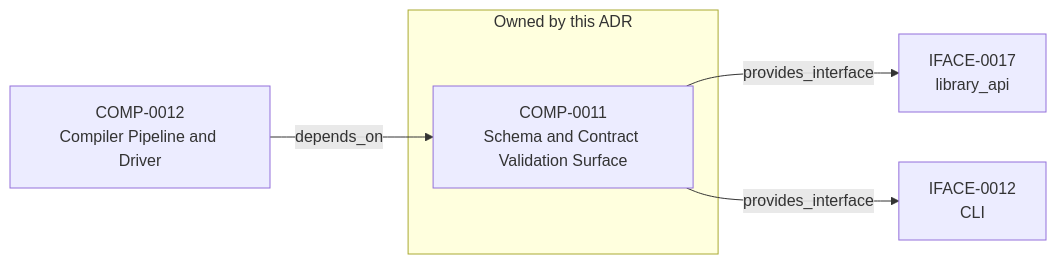
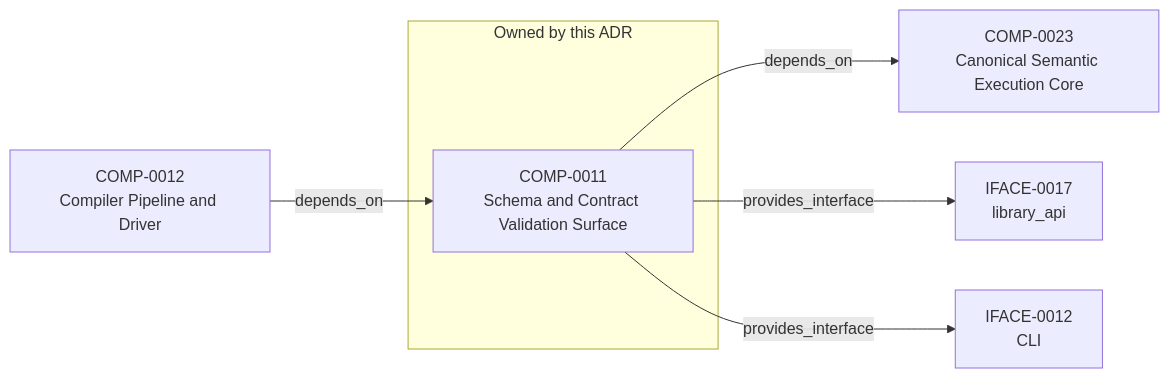
One commit to egallmann/adr-architecture-kit changed the diagram in adrs/adr-projection/physical-component/ADR-PC-0002-schema-and-contract-validation.md. Above: the diagram before and after it, drawn with Mermaid. The commit also changed other lines of this file and 36 other files, not shown here.

Commit message:
docs: establish canonical semantic core architecture

````diff
--- a/adrs/adr-projection/physical-component/ADR-PC-0002-schema-and-contract-validation.md
+++ b/adrs/adr-projection/physical-component/ADR-PC-0002-schema-and-contract-validation.md
@@ -75,12 +77,14 @@
 ```mermaid
 flowchart LR
   subgraph subject["Owned by this ADR"]
     n_019fee89_e617_7060_8f3f_4ecd46a719da["COMP-0011<br/>Schema and Contract Validation Surface"]
   end
   n_019fee89_e617_74dd_a62f_5ce1a1994d18["IFACE-0017<br/>library_api"]
   n_019fee89_e617_76ad_9336_b3615a6e4bde["COMP-0012<br/>Compiler Pipeline and Driver"]
   n_019fee89_e617_78b8_852f_9b2c984f9300["IFACE-0012<br/>CLI"]
+  n_01a10e4c_9ea8_76a2_93f7_8fbfd4c11741["COMP-0023<br/>Canonical Semantic Execution Core"]
+  n_019fee89_e617_7060_8f3f_4ecd46a719da -->|"depends_on"| n_01a10e4c_9ea8_76a2_93f7_8fbfd4c11741
   n_019fee89_e617_76ad_9336_b3615a6e4bde -->|"depends_on"| n_019fee89_e617_7060_8f3f_4ecd46a719da
   n_019fee89_e617_7060_8f3f_4ecd46a719da -->|"provides_interface"| n_019fee89_e617_74dd_a62f_5ce1a1994d18
   n_019fee89_e617_7060_8f3f_4ecd46a719da -->|"provides_interface"| n_019fee89_e617_78b8_852f_9b2c984f9300
 ```
````
